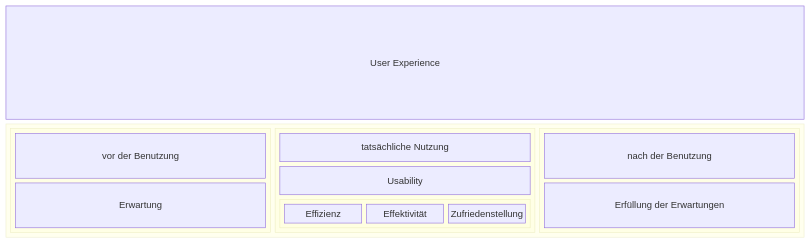
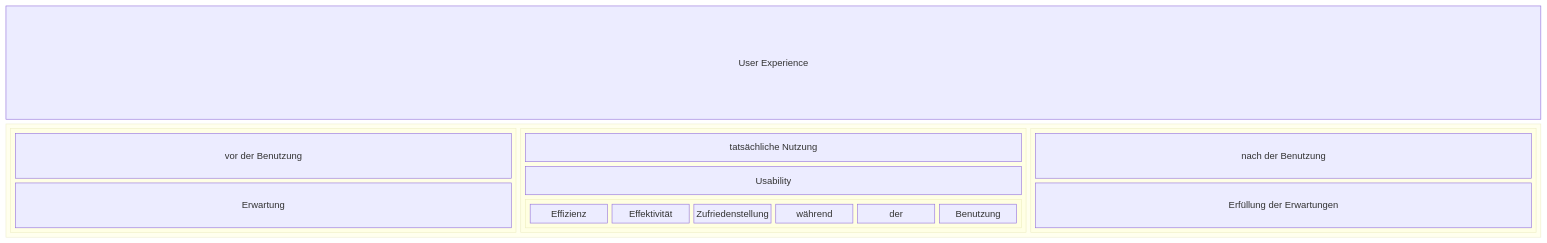
One commit to learosema/cpux-prep changed the first of 2 diagrams in definitionen-und-normen/user-experience.md. Above: the diagram before and after it, drawn with Mermaid. The commit also changed 2 other files, not shown here.

Commit message:
chore: add more definitions

````diff
--- a/definitionen-und-normen/user-experience.md
+++ b/definitionen-und-normen/user-experience.md
@@ -19,28 +19,28 @@
 ```mermaid
 block-beta
     columns 1
     a["User Experience"]
     block:group1
         columns 3
         block:anticipated
             columns 1
             vor["vor der Benutzung"]
             Erwartung
         end
         block:usability
             columns 1
             current["tatsächliche Nutzung"]
             usability_caption["Usability"]
             block:eez
                 Effizienz
                 Effektivität
-                Zufriedenstellung
+                Zufriedenstellung während der Benutzung
             end
         end
         block:afterwards
             columns 1
             danach["nach der Benutzung"]
             fulfil["Erfüllung der Erwartungen"]
         end
     end
 ```
````
